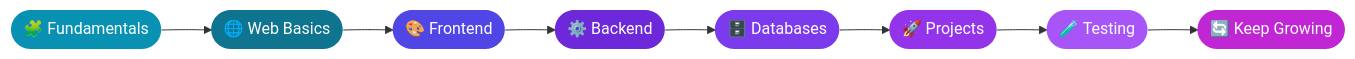
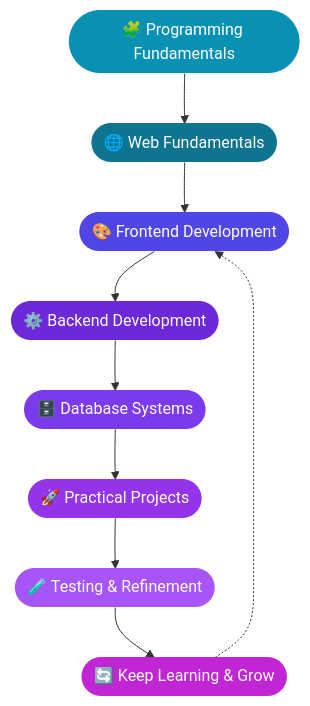
One commit to rakibhasanshuvo712-hub/rakibhasanshuvo712-hub changed the second of 3 diagrams in README.md. Above: the diagram before and after it, drawn with Mermaid. The commit also changed other lines of this file, not shown here.

````diff
--- a/README.md
+++ b/README.md
@@ -269,18 +297,19 @@
 ```mermaid
-flowchart LR
-    A([🧩 Fundamentals]) --> B([🌐 Web Basics])
-    B --> C([🎨 Frontend])
-    C --> D([⚙️ Backend])
-    D --> E([🗄️ Databases])
-    E --> F([🚀 Projects])
-    F --> G([🧪 Testing])
-    G --> H([🔄 Keep Growing])
+flowchart TD
+    A([🧩 Programming Fundamentals]) --> B([🌐 Web Fundamentals])
+    B --> C([🎨 Frontend Development])
+    C --> D([⚙️ Backend Development])
+    D --> E([🗄️ Database Systems])
+    E --> F([🚀 Practical Projects])
+    F --> G([🧪 Testing & Refinement])
+    G --> H([🔄 Keep Learning & Grow])
+    H -.-> C
     style A fill:#0891B2,color:#fff,stroke:none
     style B fill:#0E7490,color:#fff,stroke:none
     style C fill:#4F46E5,color:#fff,stroke:none
     style D fill:#6D28D9,color:#fff,stroke:none
     style E fill:#7C3AED,color:#fff,stroke:none
     style F fill:#9333EA,color:#fff,stroke:none
     style G fill:#A855F7,color:#fff,stroke:none
     style H fill:#C026D3,color:#fff,stroke:none
 ```
````
